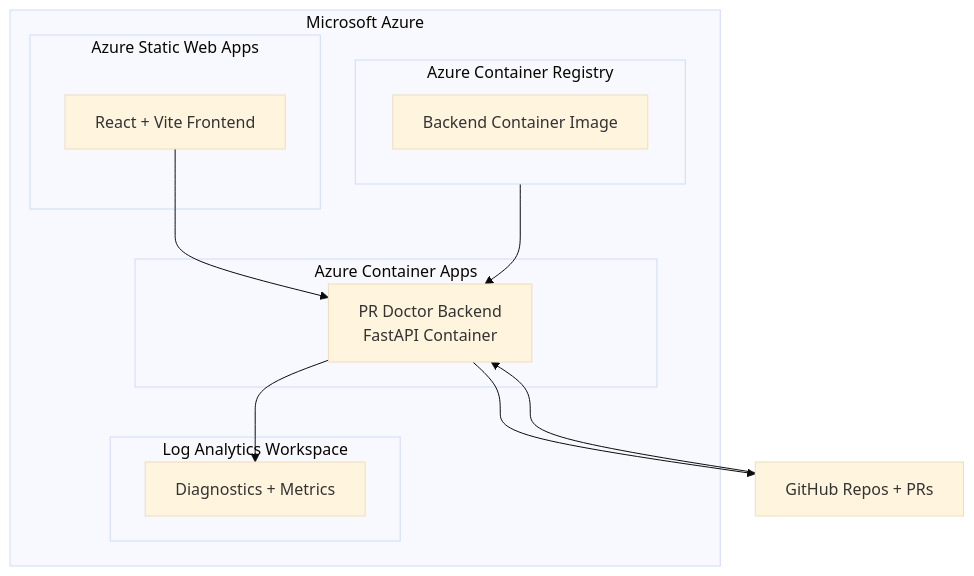
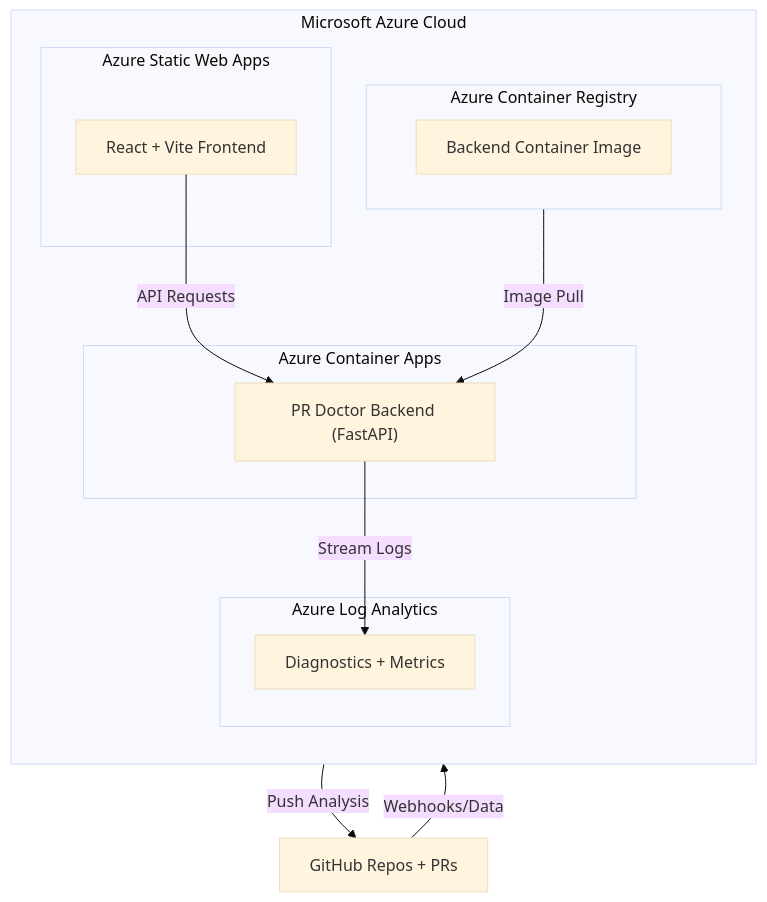
One commit to M10vir/pr-doctor changed the second of 2 diagrams in README.md. Above: the diagram before and after it, drawn with Mermaid (base theme).

Commit message:
Update README for submission

````diff
--- a/README.md
+++ b/README.md
@@ -55,22 +55,33 @@
 ```mermaid
-flowchart TB
-    subgraph Azure["Microsoft Azure"]
+flowchart TD
+    %% Title
+    subgraph Azure["Microsoft Azure Cloud"]
+        direction TB
+        
+        subgraph SWA["Azure Static Web Apps"]
+            Frontend["React + Vite Frontend"]
+        end
+
+        subgraph ACR["Azure Container Registry"]
+            Images["Backend Container Image"]
+        end
+
         subgraph ACA["Azure Container Apps"]
-            Backend[PR Doctor Backend<br/>FastAPI Container]
+            Backend["PR Doctor Backend (FastAPI)"]
         end
-        subgraph SWA["Azure Static Web Apps"]
-            Frontend[React + Vite Frontend]
-        end
-        subgraph ACR["Azure Container Registry"]
-            Images[Backend Container Image]
-        end
-        subgraph LAW["Log Analytics Workspace"]
-            Logs[Diagnostics + Metrics]
+
+        subgraph LAW["Azure Log Analytics"]
+            Logs["Diagnostics + Metrics"]
         end
     end
-    GitHub[GitHub Repos + PRs] --> Backend
-    Frontend --> Backend
-    Backend --> GitHub
-    Backend --> Logs
-    ACR --> Backend
+
+    %% External Systems
+    GitHub["GitHub Repos + PRs"]
+
+    %% Connections
+    Frontend -->|API Requests| Backend
+    ACR -->|Image Pull| Backend
+    Backend -->|Push Analysis| GitHub
+    GitHub -->|Webhooks/Data| Backend
+    Backend -->|Stream Logs| Logs
 ```
````
